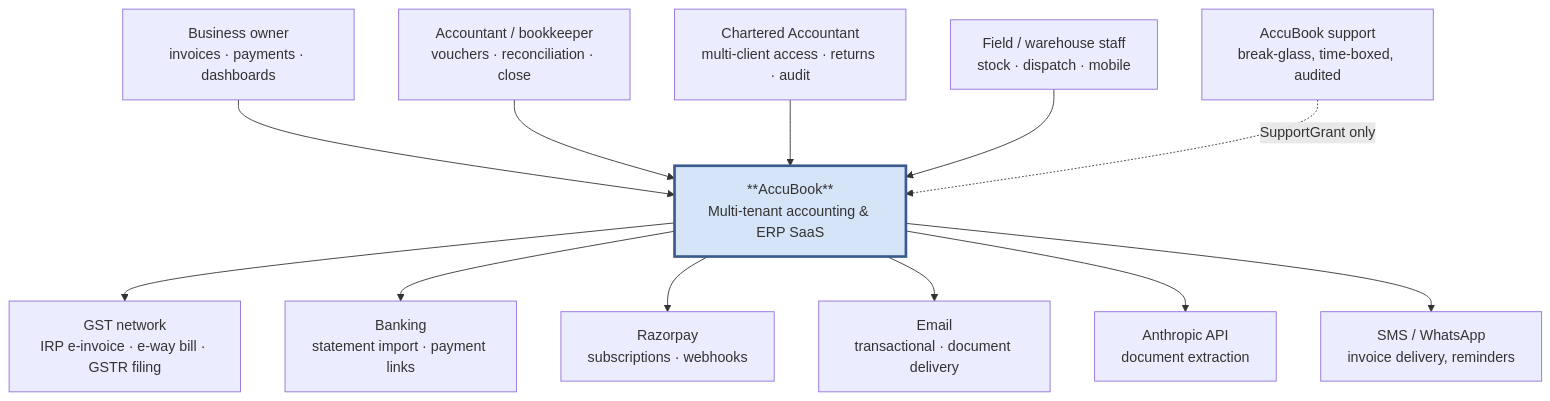
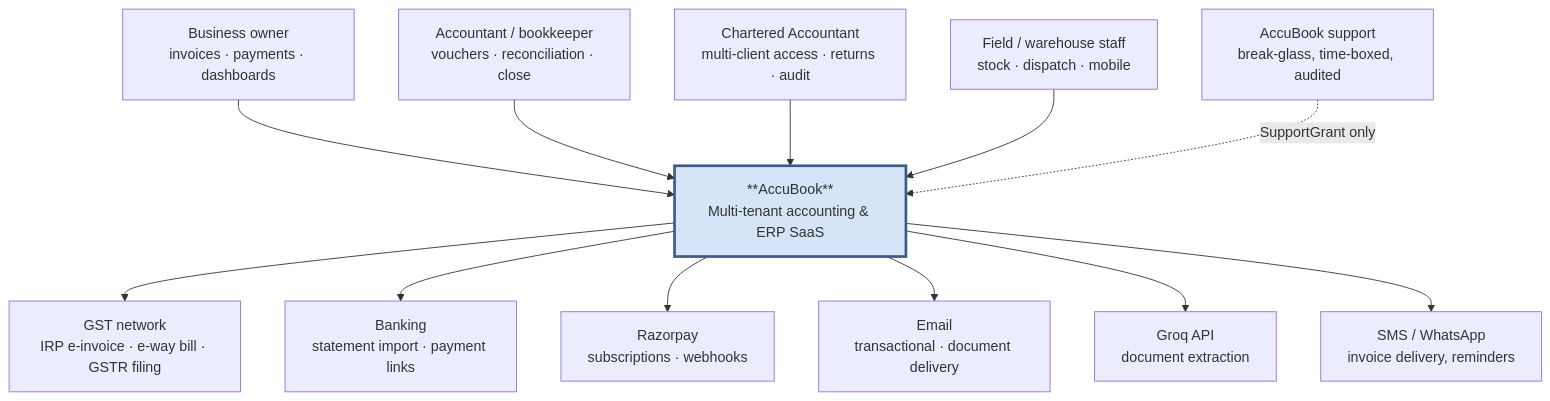
One commit to Tatu1984/accubook changed the third of 42 diagrams in docs/Architecture-Design.md. Above: the diagram before and after it, drawn with Mermaid. The commit also changed other lines of this file and 1 other file, not shown here.

````diff
--- a/docs/Architecture-Design.md
+++ b/docs/Architecture-Design.md
@@ -330,25 +330,25 @@
 ```mermaid
 graph TB
     OWNER["Business owner<br/>invoices · payments · dashboards"]
     ACCT["Accountant / bookkeeper<br/>vouchers · reconciliation · close"]
     CA["Chartered Accountant<br/>multi-client access · returns · audit"]
     STAFF["Field / warehouse staff<br/>stock · dispatch · mobile"]
     SUPPORT["AccuBook support<br/>break-glass, time-boxed, audited"]
 
     AB["**AccuBook**<br/>Multi-tenant accounting & ERP SaaS"]
 
     OWNER --> AB
     ACCT --> AB
     CA --> AB
     STAFF --> AB
     SUPPORT -.->|"SupportGrant only"| AB
 
     AB --> GST["GST network<br/>IRP e-invoice · e-way bill · GSTR filing"]
     AB --> BANK["Banking<br/>statement import · payment links"]
     AB --> PAY["Razorpay<br/>subscriptions · webhooks"]
     AB --> MAIL["Email<br/>transactional · document delivery"]
-    AB --> AI["Anthropic API<br/>document extraction"]
+    AB --> AI["Groq API<br/>document extraction"]
     AB --> SMS["SMS / WhatsApp<br/>invoice delivery, reminders"]
 
     style AB fill:#d6e4f7,stroke:#3b5b8c,stroke-width:3px
 ```
````
